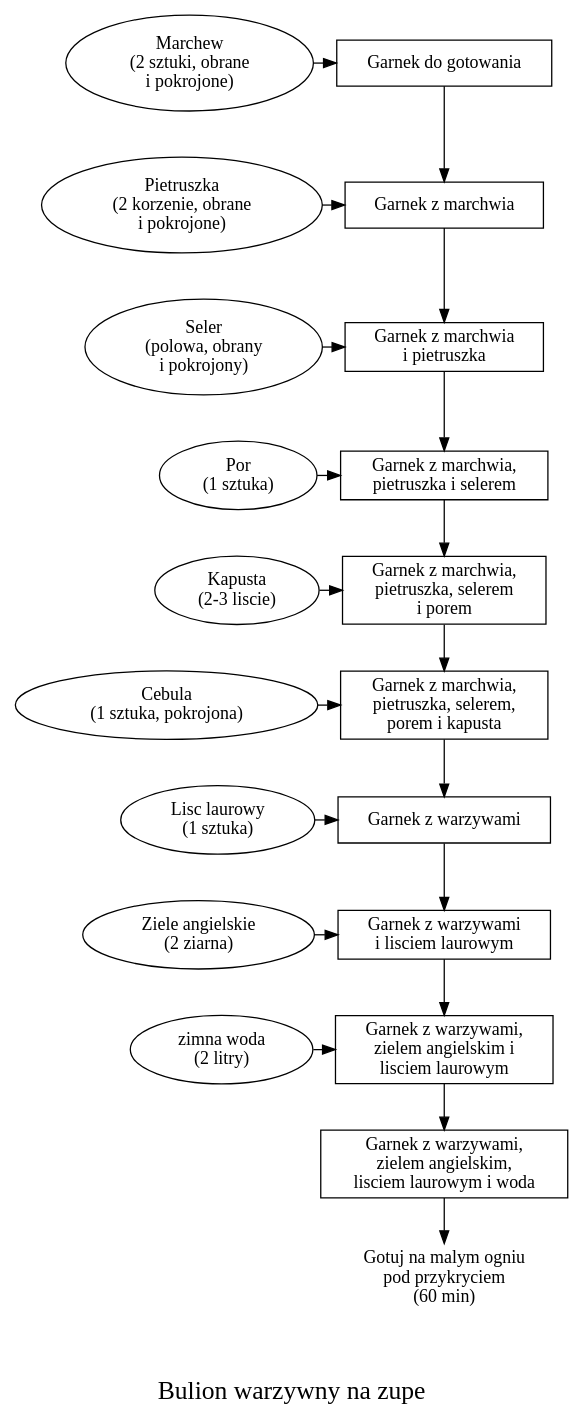
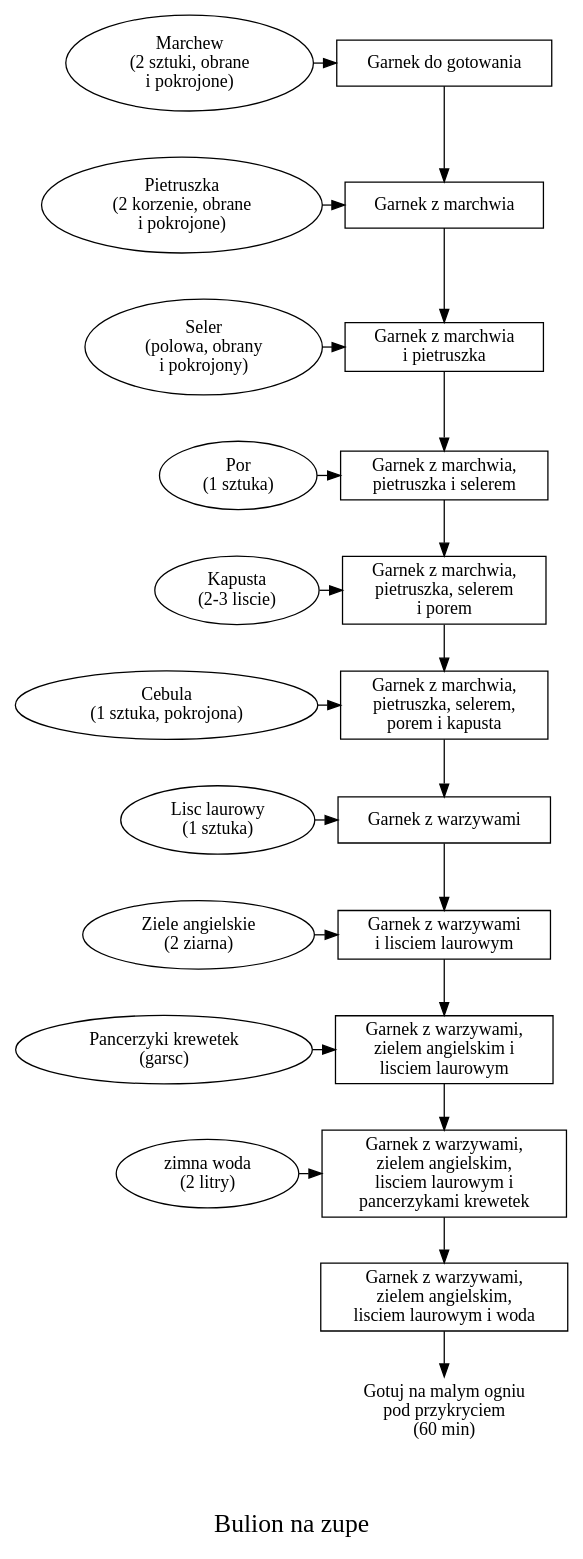
The diagram in soup/broth.dot (yetanotherdeveloper/cooking-reciepes-as-graphs), drawn with Graphviz before and after one commit.

Commit message:
Ulepszona receptura na bulion

```diff
--- a/soup/broth.dot
+++ b/soup/broth.dot
@@ -1,56 +1,60 @@
 
 digraph G {
   fontsize=20
-  label="\n\nBulion warzywny na zupe"
+  label="\n\nBulion na zupe"
   URL="https://aniastarmach.pl/bulion-warzywny/"
   {rank=same garnek,marchew}
   {rank=same garnek2,pietruszka}
   {rank=same garnek3,seler}
   {rank=same garnek4,por}
   {rank=same garnek5,kapusta}
   {rank=same garnek6,cebula}
   {rank=same garnek7,lisc}
   {rank=same garnek8,ziele}
-  {rank=same garnek9,woda}
+  {rank=same garnek9,pancerzyki}
+  {rank=same garnek10,woda}
   woda[label="zimna woda\n(2 litry)"]
   marchew[label="Marchew\n(2 sztuki, obrane\n i pokrojone)"]
   seler[label="Seler\n(polowa, obrany\n i pokrojony)"]
   pietruszka[label="Pietruszka\n(2 korzenie, obrane\n i pokrojone)"]
   por[label="Por\n(1 sztuka)"]
   kapusta[label="Kapusta\n(2-3 liscie)"]
   cebula[label="Cebula\n(1 sztuka, pokrojona)"]
   lisc[label="Lisc laurowy\n(1 sztuka)"]
   ziele[label="Ziele angielskie\n(2 ziarna)"]
+  pancerzyki[label="Pancerzyki krewetek\n(garsc)"]
 
   gotuj[label="Gotuj na malym ogniu\n pod przykryciem\n(60 min)",shape=none]
   garnek[shape=rectangle,label="Garnek do gotowania"]
   garnek2[shape=rectangle,label="Garnek z marchwia"]
   garnek3[shape=rectangle,label="Garnek z marchwia\n i pietruszka"]
   garnek4[shape=rectangle,label="Garnek z marchwia,\npietruszka i selerem"]
   garnek5[shape=rectangle,label="Garnek z marchwia,\npietruszka, selerem\ni porem"]
   garnek6[shape=rectangle,label="Garnek z marchwia,\npietruszka, selerem,\nporem i kapusta"]
   garnek7[shape=rectangle,label="Garnek z warzywami"]
   garnek8[shape=rectangle,label="Garnek z warzywami\ni lisciem laurowym"]
   garnek9[shape=rectangle,label="Garnek z warzywami,\nzielem angielskim i\nlisciem laurowym"]
-  garnek10[shape=rectangle,label="Garnek z warzywami,\nzielem angielskim,\nlisciem laurowym i woda"]
+  garnek10[shape=rectangle,label="Garnek z warzywami,\nzielem angielskim,\nlisciem laurowym i\n pancerzykami krewetek"]
+  garnek11[shape=rectangle,label="Garnek z warzywami,\nzielem angielskim,\nlisciem laurowym i woda"]
  
   marchew->garnek
   garnek->garnek2 
   pietruszka->garnek2
   garnek2->garnek3
   seler->garnek3
   garnek3->garnek4 
   por->garnek4
   garnek4->garnek5
   kapusta->garnek5
   garnek5->garnek6
   cebula->garnek6
   garnek6->garnek7
   lisc->garnek7
   garnek7->garnek8
   ziele->garnek8
   garnek8->garnek9
-  woda->garnek9
-  garnek9->garnek10
-  garnek10->gotuj
+  pancerzyki->garnek9->garnek10
+  woda->garnek10
+  garnek10->garnek11
+  garnek11->gotuj
 }
```
